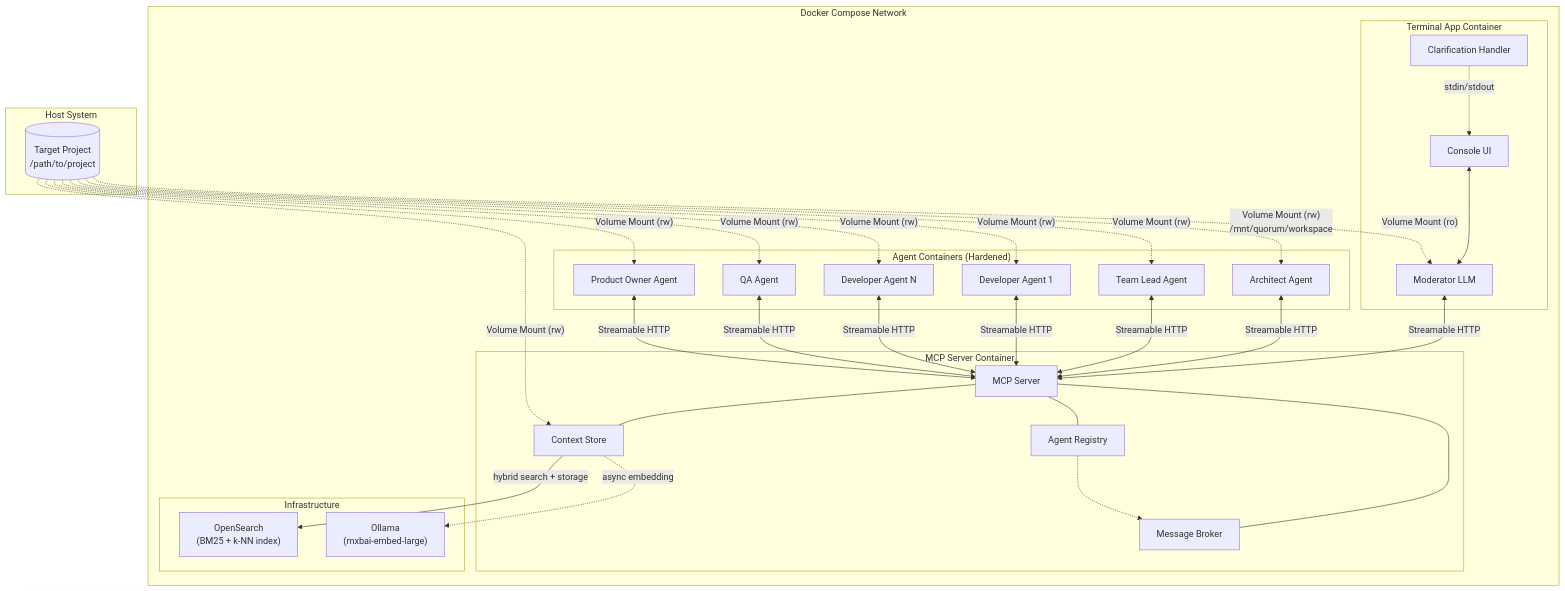
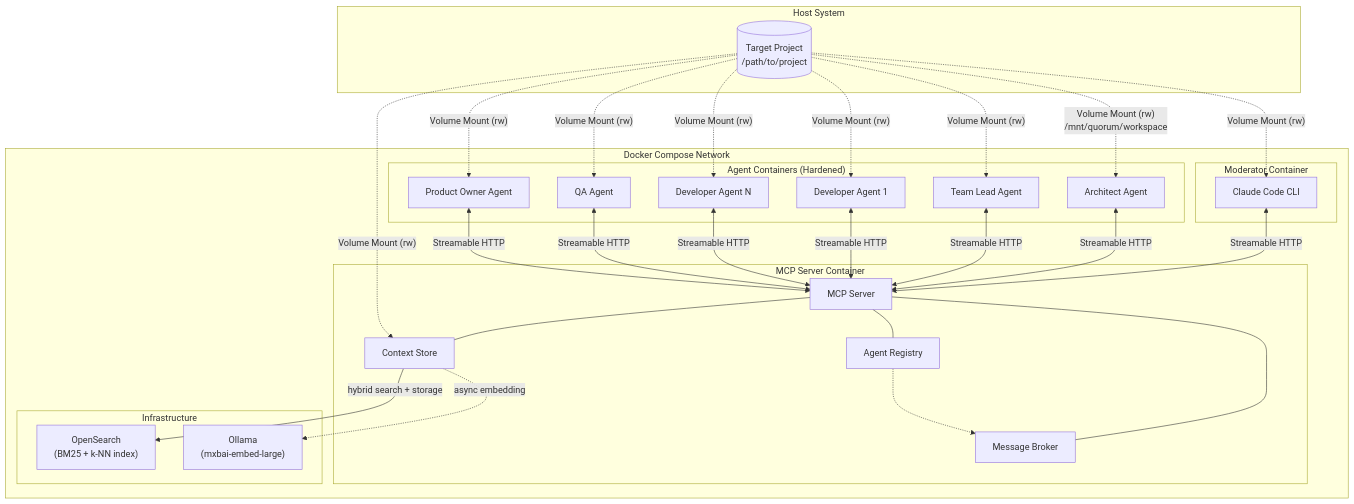
The first of 5 diagrams in docs/system-design.md (ia64mail/quorum), drawn with Mermaid before and after one commit. The commit also changed other lines of this file and 41 other files, not shown here.

First line of the commit message:
QRM6-009: remove legacy terminal app

````diff
--- a/docs/system-design.md
+++ b/docs/system-design.md
@@ -9,61 +9,57 @@
 ```mermaid
 graph TB
     subgraph "Host System"
         HV[("Target Project<br/>/path/to/project")]
     end
 
     subgraph "Docker Compose Network"
-        subgraph "Terminal App Container"
-            UI[Console UI]
-            MOD[Moderator LLM]
-            CLAR[Clarification Handler]
-            UI <--> MOD
-            CLAR -.->|"stdin/stdout"| UI
+        subgraph "Moderator Container"
+            MOD[Claude Code CLI]
         end
 
         subgraph "MCP Server Container"
             MCP[MCP Server]
             REG[Agent Registry]
             MSG[Message Broker]
             CTX[Context Store]
             MCP --- REG
             MCP --- MSG
             MCP --- CTX
             REG -.-> MSG
         end
 
         subgraph "Infrastructure"
             OS["OpenSearch<br/>(BM25 + k-NN index)"]
             OLL["Ollama<br/>(mxbai-embed-large)"]
         end
 
         subgraph "Agent Containers (Hardened)"
             A1[Architect Agent]
             A2[Team Lead Agent]
             A3[Developer Agent 1]
             A4[Developer Agent N]
             A5[QA Agent]
             A6[Product Owner Agent]
         end
 
         CTX -->|"hybrid search + storage"| OS
         CTX -.->|"async embedding"| OLL
 
         MOD <-->|Streamable HTTP| MCP
         A1 <-->|Streamable HTTP| MCP
         A2 <-->|Streamable HTTP| MCP
         A3 <-->|Streamable HTTP| MCP
         A4 <-->|Streamable HTTP| MCP
         A5 <-->|Streamable HTTP| MCP
         A6 <-->|Streamable HTTP| MCP
     end
 
-    HV -.->|"Volume Mount (ro)"| MOD
+    HV -.->|"Volume Mount (rw)"| MOD
     HV -.->|"Volume Mount (rw)"| CTX
     HV -.->|"Volume Mount (rw)<br/>/mnt/quorum/workspace"| A1
     HV -.->|"Volume Mount (rw)"| A2
     HV -.->|"Volume Mount (rw)"| A3
     HV -.->|"Volume Mount (rw)"| A4
     HV -.->|"Volume Mount (rw)"| A5
     HV -.->|"Volume Mount (rw)"| A6
 ```
````
